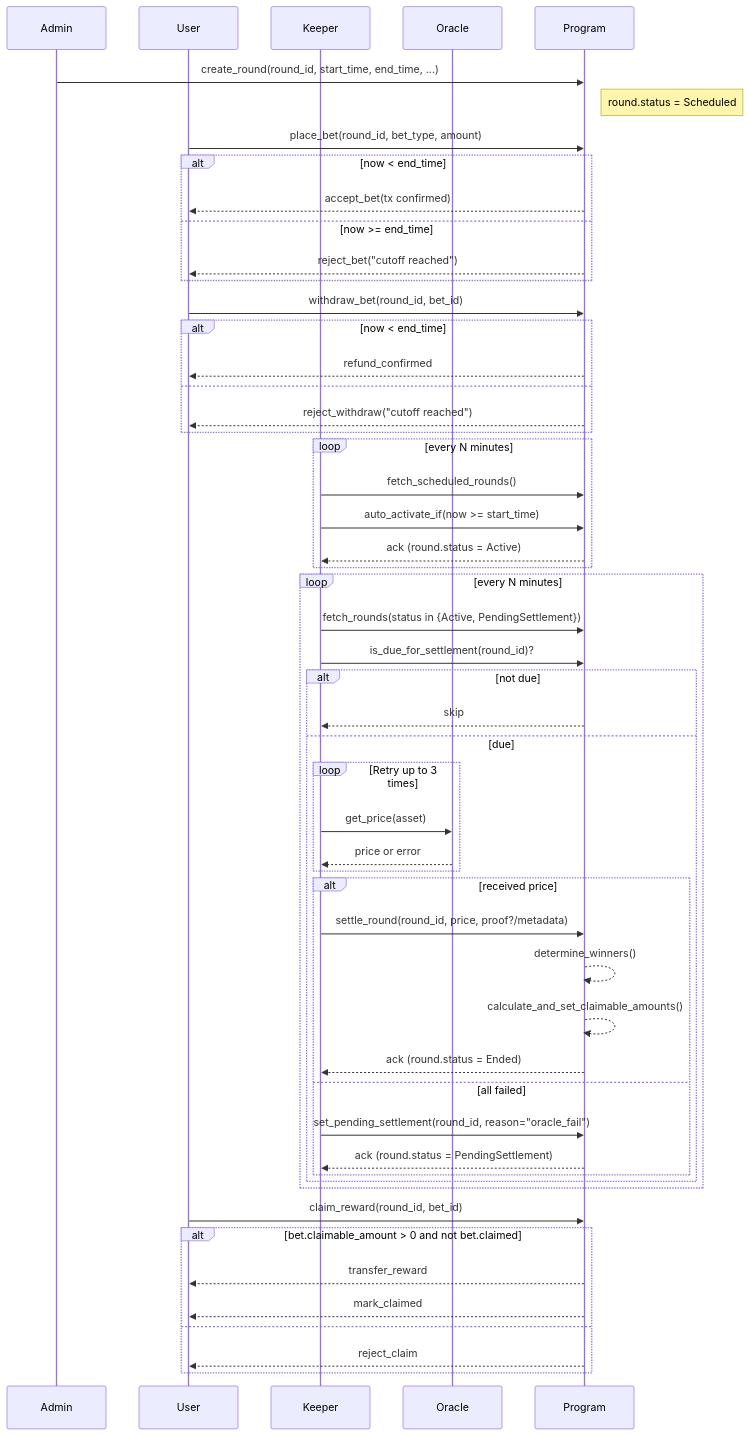
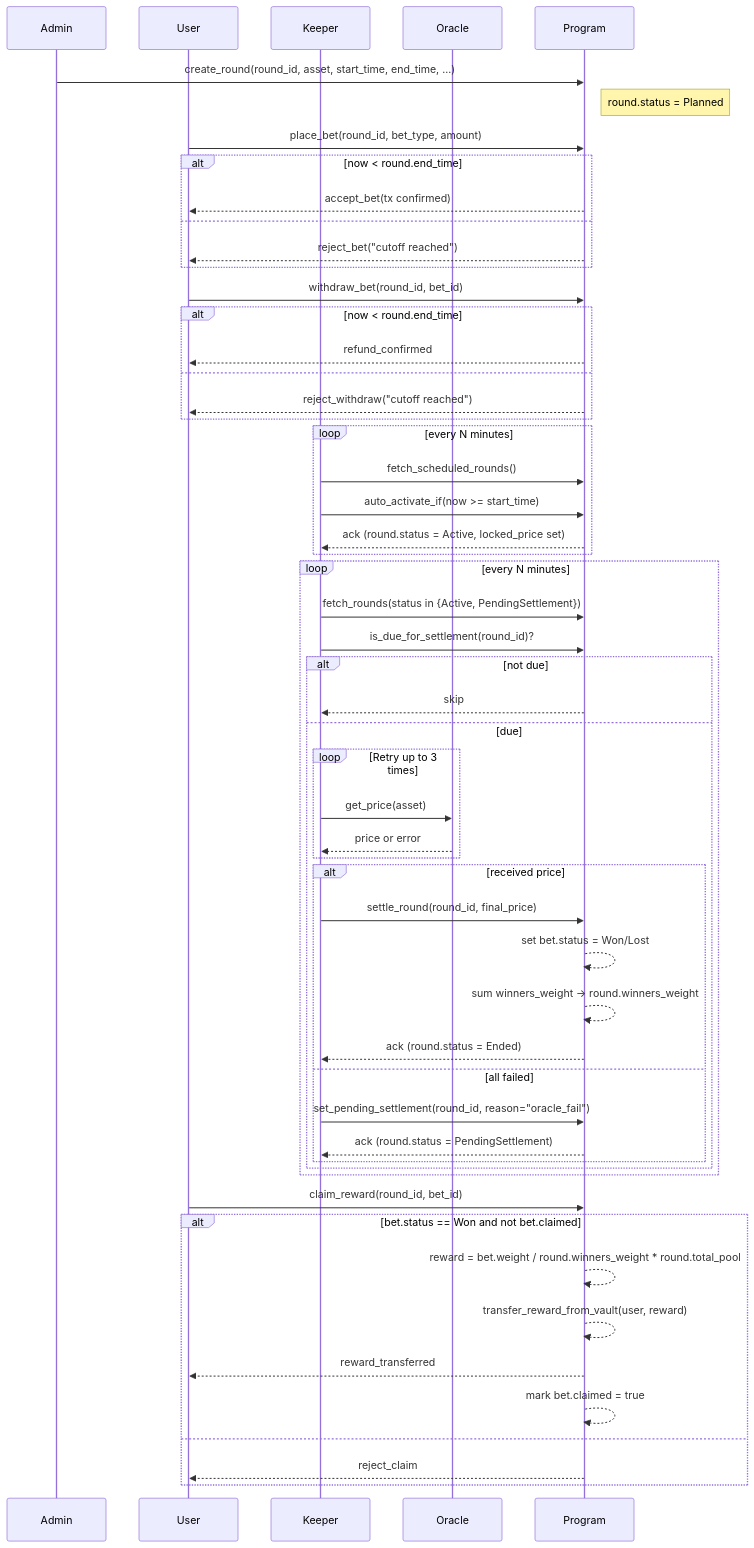
The first of 7 diagrams in README.md (muhammad-akbrrr/gold-rush-smartcontract), drawn with Mermaid before and after one commit. The commit also changed other lines of this file, not shown here.

Commit message:
fix(readme): bet account

````diff
--- a/README.md
+++ b/README.md
@@ -59,69 +59,71 @@
 ```mermaid
 sequenceDiagram
     participant Admin
     participant User
     participant Keeper
     participant Oracle
     participant Program
 
     %% Round creation
-    Admin->>Program: create_round(round_id, start_time, end_time, ...)
-    Note right of Program: round.status = Scheduled
+    Admin->>Program: create_round(round_id, asset, start_time, end_time, ...)
+    Note right of Program: round.status = Planned
 
-    %% User actions (place / withdraw) - validated by time (cutoff)
+    %% User actions (place / withdraw)
     User->>Program: place_bet(round_id, bet_type, amount)
-    alt now < end_time
+    alt now < round.end_time
       Program-->>User: accept_bet(tx confirmed)
-    else now >= end_time
+    else
       Program-->>User: reject_bet("cutoff reached")
     end
 
     User->>Program: withdraw_bet(round_id, bet_id)
-    alt now < end_time
+    alt now < round.end_time
       Program-->>User: refund_confirmed
     else
       Program-->>User: reject_withdraw("cutoff reached")
     end
 
     %% Keeper: activate scheduled rounds
     loop every N minutes
       Keeper->>Program: fetch_scheduled_rounds()
       Keeper->>Program: auto_activate_if(now >= start_time)
-      Program-->>Keeper: ack (round.status = Active)
+      Program-->>Keeper: ack (round.status = Active, locked_price set)
     end
 
     %% Keeper: settlement path (active/pending)
     loop every N minutes
       Keeper->>Program: fetch_rounds(status in {Active, PendingSettlement})
       Keeper->>Program: is_due_for_settlement(round_id)?
       alt not due
         Program-->>Keeper: skip
       else due
         %% Keeper obtains price from Oracle (off-chain)
         loop Retry up to 3 times
           Keeper->>Oracle: get_price(asset)
           Oracle-->>Keeper: price or error
         end
 
         alt received price
-          Keeper->>Program: settle_round(round_id, price, proof?/metadata)
-          Program-->>Program: determine_winners()
-          Program-->>Program: calculate_and_set_claimable_amounts()
+          Keeper->>Program: settle_round(round_id, final_price)
+          Program-->>Program: set bet.status = Won/Lost
+          Program-->>Program: sum winners_weight → round.winners_weight
           Program-->>Keeper: ack (round.status = Ended)
         else all failed
           Keeper->>Program: set_pending_settlement(round_id, reason="oracle_fail")
           Program-->>Keeper: ack (round.status = PendingSettlement)
         end
       end
     end
 
-    %% After settlement user claims
+    %% After settlement, user claims reward
     User->>Program: claim_reward(round_id, bet_id)
-    alt bet.claimable_amount > 0 and not bet.claimed
-      Program-->>User: transfer_reward
-      Program-->>User: mark_claimed
+    alt bet.status == Won and not bet.claimed
+      Program-->>Program: reward = bet.weight / round.winners_weight * round.total_pool
+      Program-->>Program: transfer_reward_from_vault(user, reward)
+      Program-->>User: reward_transferred
+      Program-->>Program: mark bet.claimed = true
     else
       Program-->>User: reject_claim
     end
 
 ```
````
